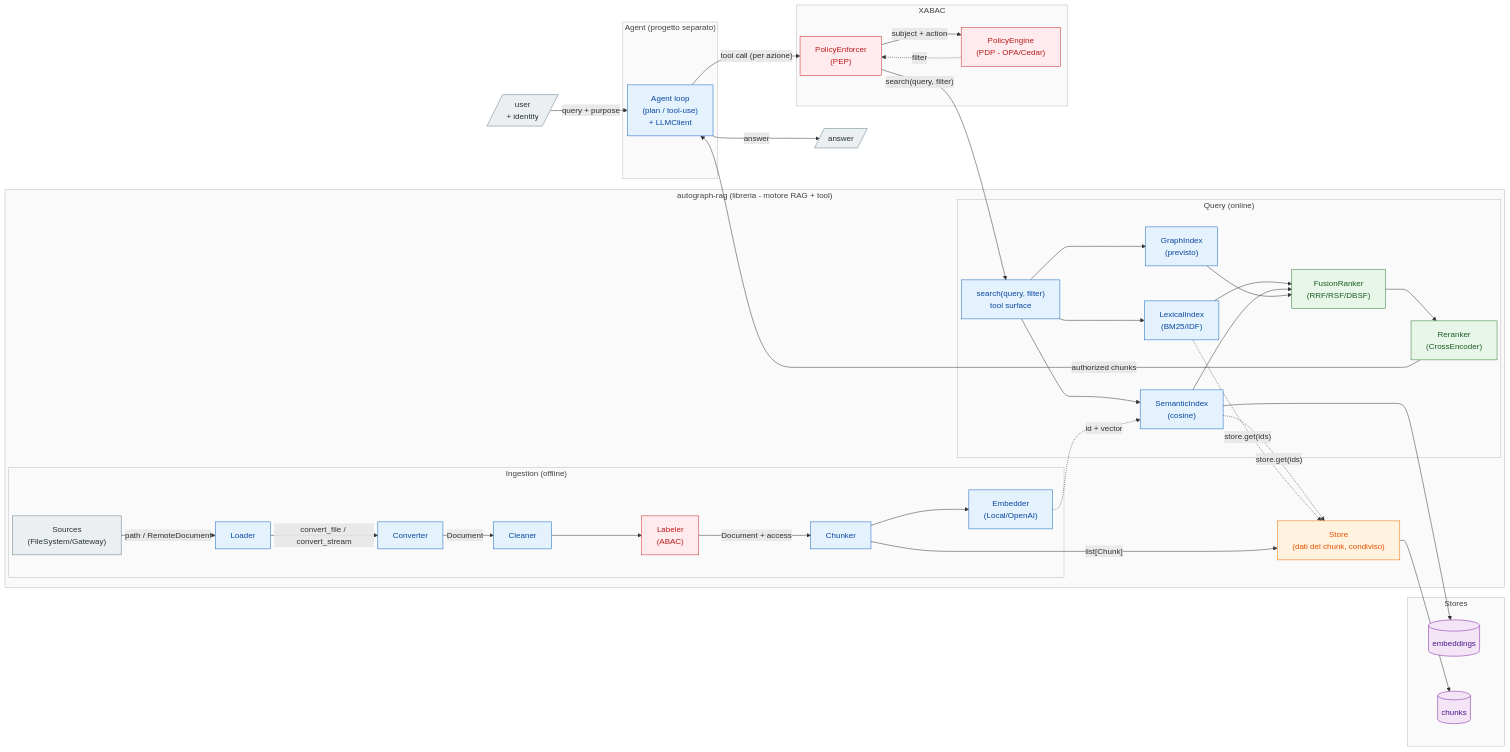
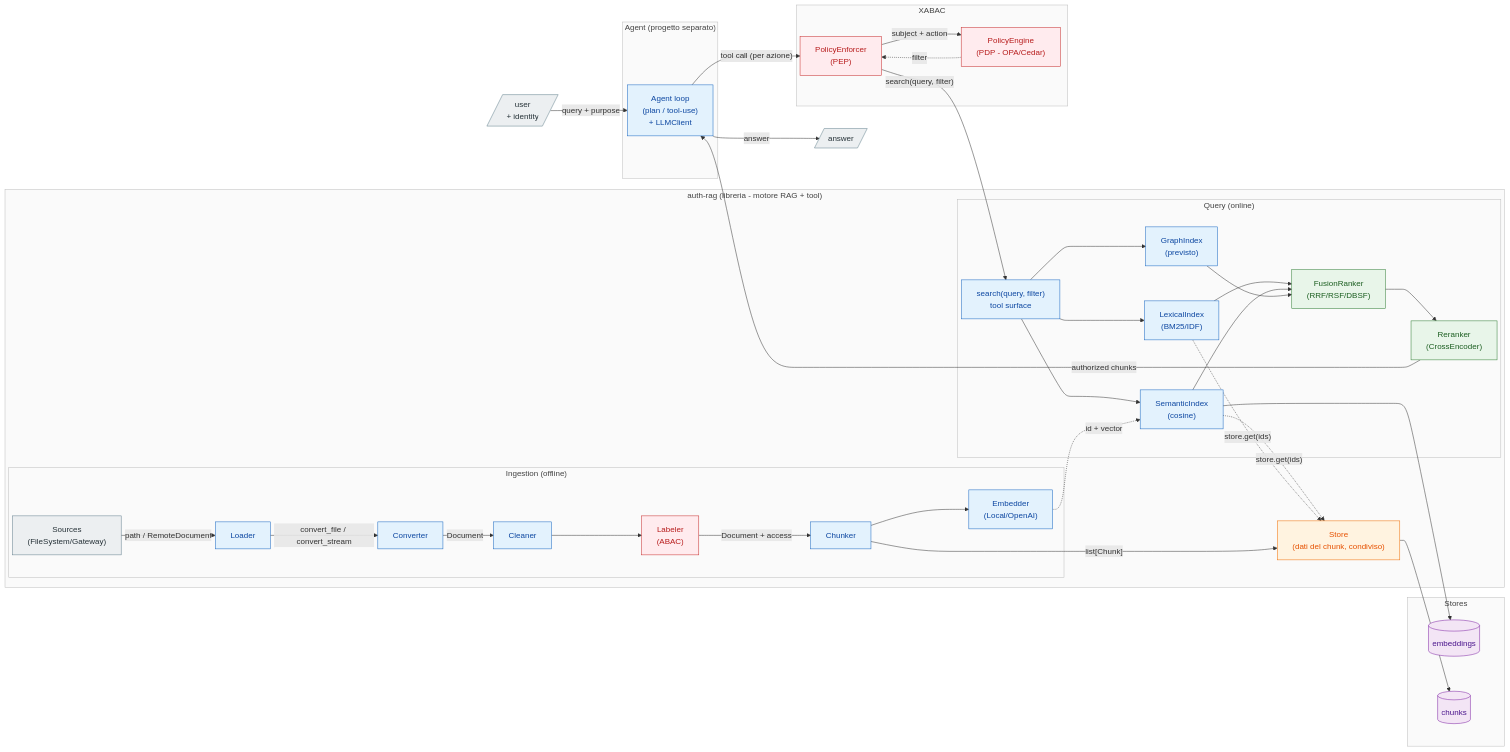
The first of 2 diagrams in docs/roadmap/sources-abac.md (DavideFricano/auth-rag), drawn with Mermaid before and after one commit. The commit also changed other lines of this file and 50 other files, not shown here.

First line of the commit message:
refactor(naming): autograph-rag becomes auth-rag

```diff
--- a/docs/roadmap/sources-abac.md
+++ b/docs/roadmap/sources-abac.md
@@ -76,7 +76,7 @@
     user[/"user<br>+ identity"/]:::io
     answer[/"answer"/]:::io
 
-    subgraph RAG["autograph-rag (libreria - motore RAG + tool)"]
+    subgraph RAG["auth-rag (libreria - motore RAG + tool)"]
     subgraph ING["Ingestion (offline)"]
         SRC["Sources<br>(FileSystem/Gateway)"]:::io
         LOAD["Loader"]:::step
```
